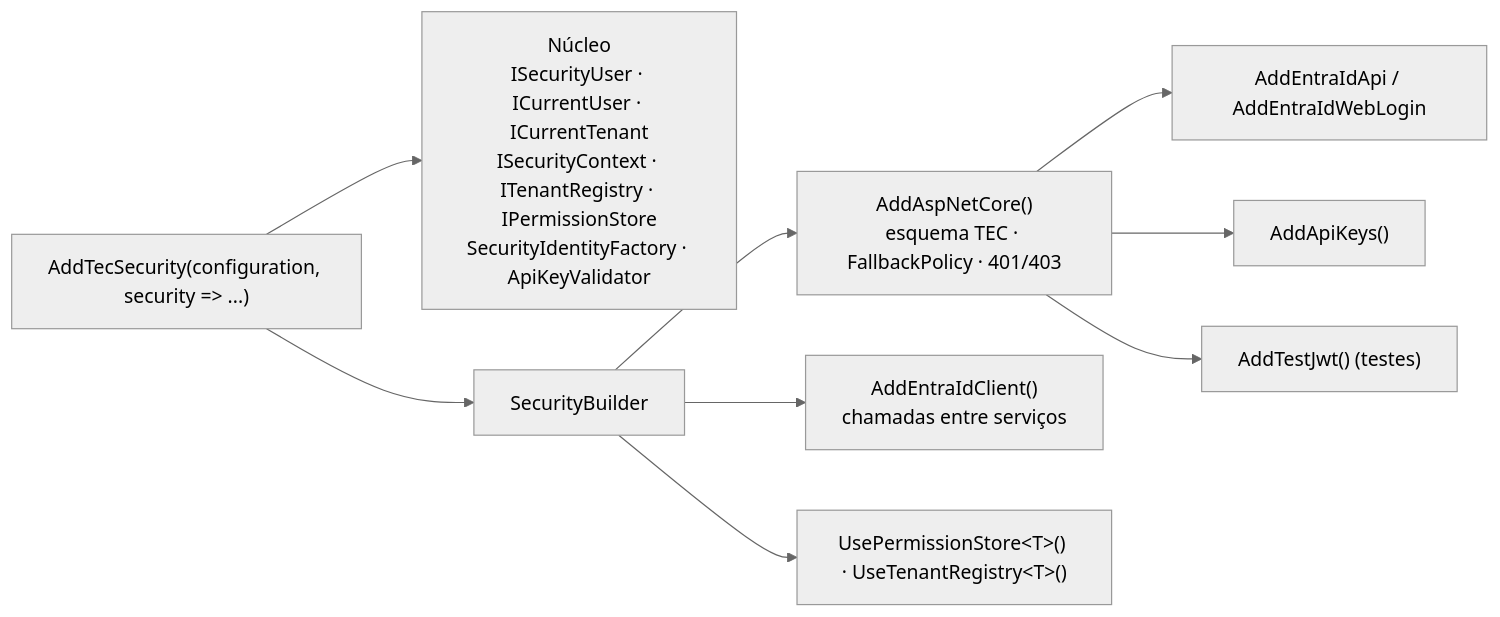
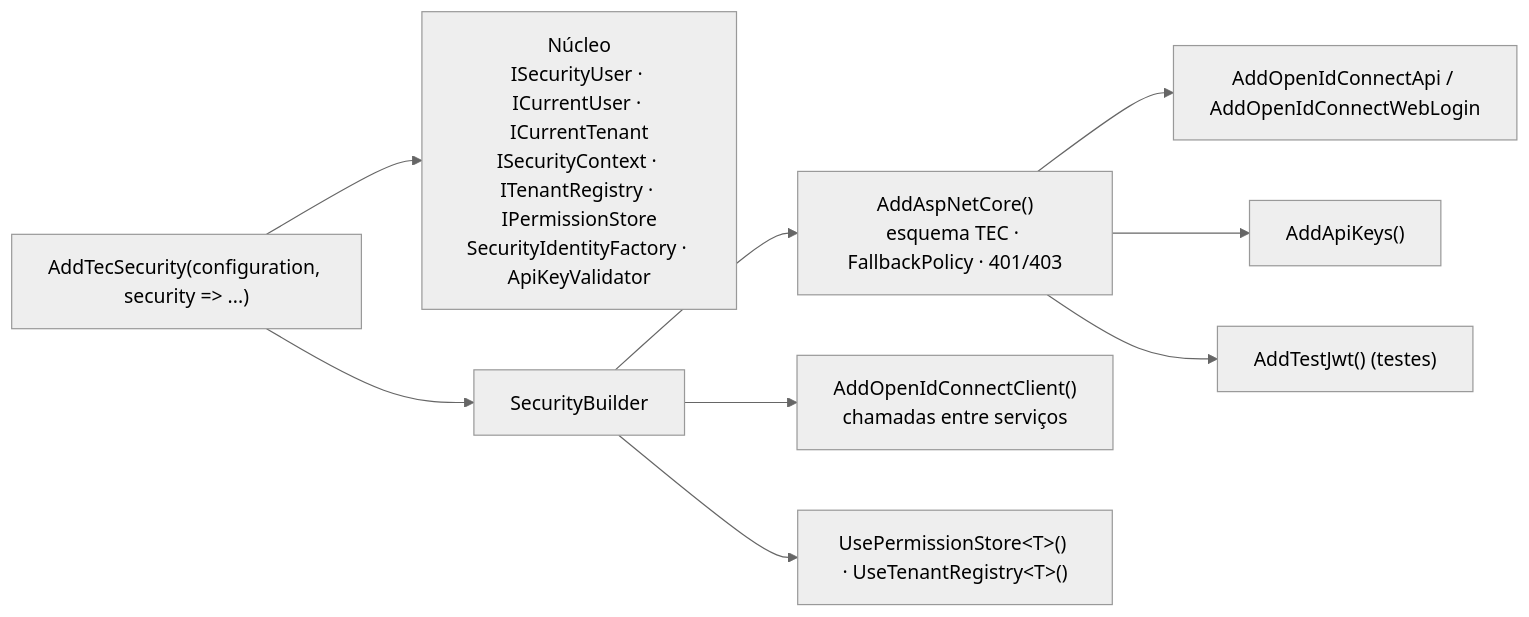
The diagram in docs/configuracao.md (tudoemcodigo/lib-tec-security), drawn with Mermaid (neutral theme) before and after one commit. The commit also changed other lines of this file and 37 other files, not shown here.

````diff
--- a/docs/configuracao.md
+++ b/docs/configuracao.md
@@ -26,11 +26,11 @@
 ```mermaid
 flowchart LR
     A["AddTecSecurity(configuration, security => ...)"] --> CORE["Núcleo<br/>ISecurityUser · ICurrentUser · ICurrentTenant<br/>ISecurityContext · ITenantRegistry · IPermissionStore<br/>SecurityIdentityFactory · ApiKeyValidator"]
     A --> B["SecurityBuilder"]
     B --> ASP["AddAspNetCore()<br/>esquema TEC · FallbackPolicy · 401/403"]
-    ASP --> P1["AddEntraIdApi / AddEntraIdWebLogin"]
+    ASP --> P1["AddOpenIdConnectApi / AddOpenIdConnectWebLogin"]
     ASP --> P2["AddApiKeys()"]
     ASP --> P3["AddTestJwt() (testes)"]
-    B --> CLI["AddEntraIdClient()<br/>chamadas entre serviços"]
+    B --> CLI["AddOpenIdConnectClient()<br/>chamadas entre serviços"]
     B --> ST["UsePermissionStore&lt;T&gt;() · UseTenantRegistry&lt;T&gt;()"]
 ```
````
